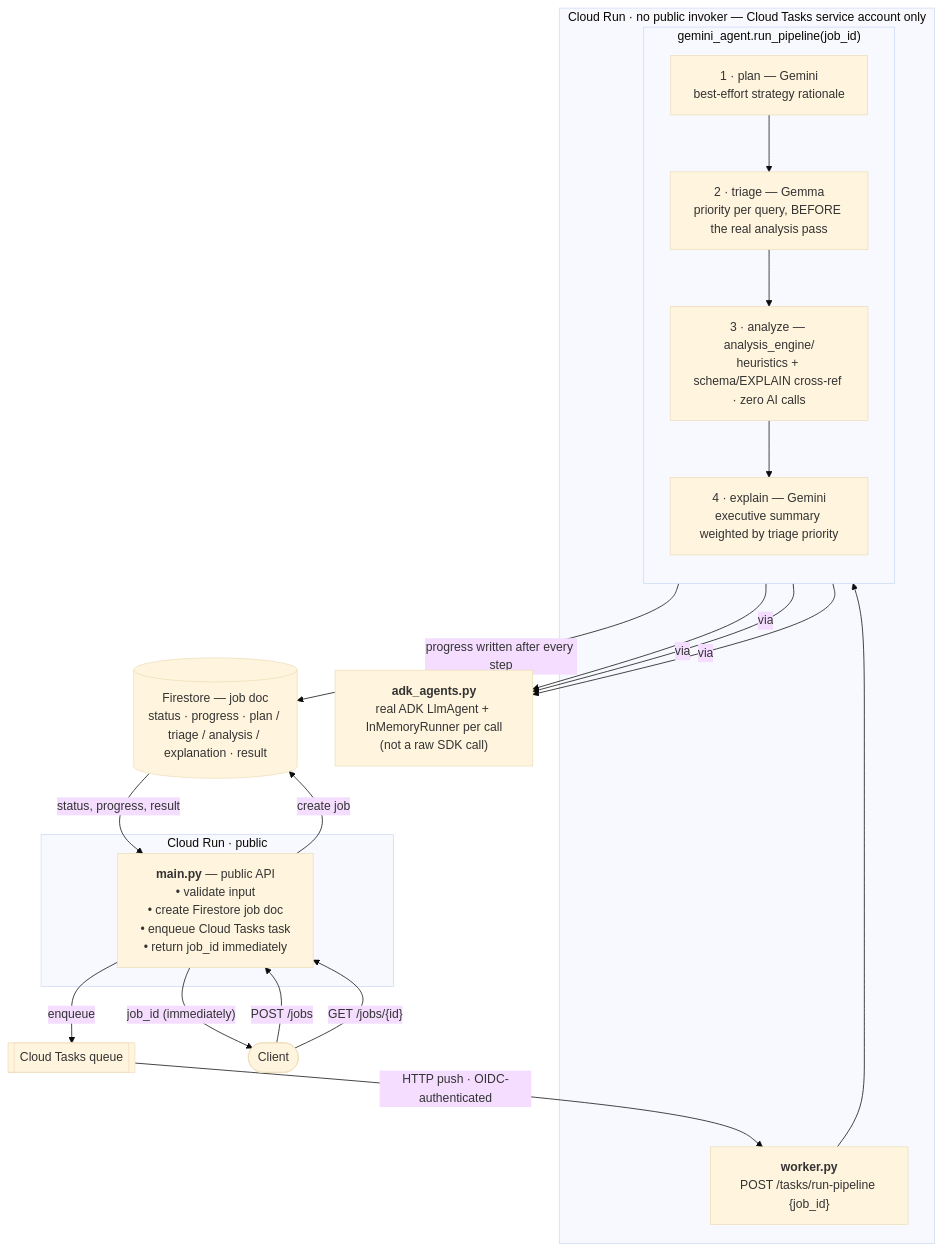
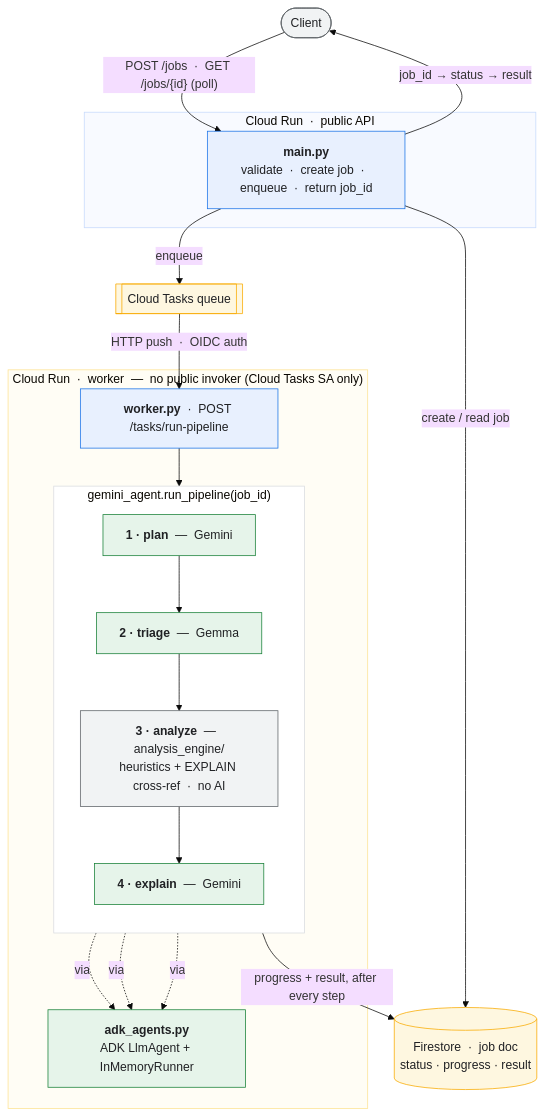
One commit to AutoShiftOps/querytuner-agent changed the diagram in README.md. Above: the diagram before and after it, drawn with Mermaid (base theme). The commit also changed other lines of this file and 1 other file, not shown here.

First line of the commit message:
Color-code the architecture diagram; bump streamlit demo requests pin

````diff
--- a/README.md
+++ b/README.md
@@ -31,41 +31,48 @@
 ```mermaid
-flowchart TD
+flowchart TB
     client(["Client"])
 
-    subgraph pub ["Cloud Run · public"]
-        api["<b>main.py</b> — public API<br/>• validate input<br/>• create Firestore job doc<br/>• enqueue Cloud Tasks task<br/>• return job_id immediately"]
+    subgraph pub ["Cloud Run &nbsp;·&nbsp; public API"]
+        api["<b>main.py</b><br/>validate &nbsp;·&nbsp; create job &nbsp;·&nbsp; enqueue &nbsp;·&nbsp; return job_id"]
     end
 
     queue[["Cloud Tasks queue"]]
 
-    subgraph priv ["Cloud Run · no public invoker — Cloud Tasks service account only"]
-        worker["<b>worker.py</b><br/>POST /tasks/run-pipeline {job_id}"]
+    subgraph wrk ["Cloud Run &nbsp;·&nbsp; worker &nbsp;—&nbsp; no public invoker (Cloud Tasks SA only)"]
+        worker["<b>worker.py</b> &nbsp;·&nbsp; POST /tasks/run-pipeline"]
         subgraph pipe ["gemini_agent.run_pipeline(job_id)"]
             direction TB
-            p1["1 · plan — Gemini<br/>best-effort strategy rationale"]
-            p2["2 · triage — Gemma<br/>priority per query, BEFORE the real analysis pass"]
-            p3["3 · analyze — analysis_engine/<br/>heuristics + schema/EXPLAIN cross-ref · zero AI calls"]
-            p4["4 · explain — Gemini<br/>executive summary weighted by triage priority"]
+            p1["<b>1 · plan</b> &nbsp;—&nbsp; Gemini"]
+            p2["<b>2 · triage</b> &nbsp;—&nbsp; Gemma"]
+            p3["<b>3 · analyze</b> &nbsp;—&nbsp; analysis_engine/<br/>heuristics + EXPLAIN cross-ref &nbsp;·&nbsp; no AI"]
+            p4["<b>4 · explain</b> &nbsp;—&nbsp; Gemini"]
             p1 --> p2 --> p3 --> p4
         end
-        worker --> pipe
+        adk["<b>adk_agents.py</b><br/>ADK LlmAgent + InMemoryRunner"]
+        worker --> p1
+        p1 -. via .-> adk
+        p2 -. via .-> adk
+        p4 -. via .-> adk
     end
 
-    adk["<b>adk_agents.py</b><br/>real ADK LlmAgent + InMemoryRunner per call<br/>(not a raw SDK call)"]
-    fs[("Firestore — job doc<br/>status · progress · plan / triage / analysis / explanation · result")]
+    fs[("Firestore &nbsp;·&nbsp; job doc<br/>status · progress · result")]
 
-    client -->|"POST /jobs"| api
-    api -->|"job_id (immediately)"| client
-    api -->|"create job"| fs
-    api -->|"enqueue"| queue
-    queue -->|"HTTP push · OIDC-authenticated"| worker
+    client -- "POST /jobs &nbsp;·&nbsp; GET /jobs/{id} (poll)" --> api
+    api -- "job_id → status → result" --> client
+    api -- "enqueue" --> queue
+    queue -- "HTTP push &nbsp;·&nbsp; OIDC auth" --> worker
+    api -- "create / read job" --> fs
+    p4 -- "progress + result, after every step" --> fs
 
-    p1 -->|"via"| adk
-    p2 -->|"via"| adk
-    p4 -->|"via"| adk
-
-    pipe -->|"progress written after every step"| fs
-
-    client -->|"GET /jobs/{id}"| api
-    fs -->|"status, progress, result"| api
+    classDef service fill:#E8F0FE,stroke:#1A73E8,color:#202124
+    classDef managed fill:#FEF7E0,stroke:#F9AB00,color:#202124
+    classDef ai fill:#E6F4EA,stroke:#188038,color:#202124
+    classDef plain fill:#F1F3F4,stroke:#5F6368,color:#202124
+    class api,worker service
+    class queue,fs managed
+    class adk,p1,p2,p4 ai
+    class p3,client plain
+    style pub fill:#F8FAFF,stroke:#C6DAFC
+    style wrk fill:#FFFDF5,stroke:#FDE293
+    style pipe fill:#FFFFFF,stroke:#DADCE0
 ```
````
